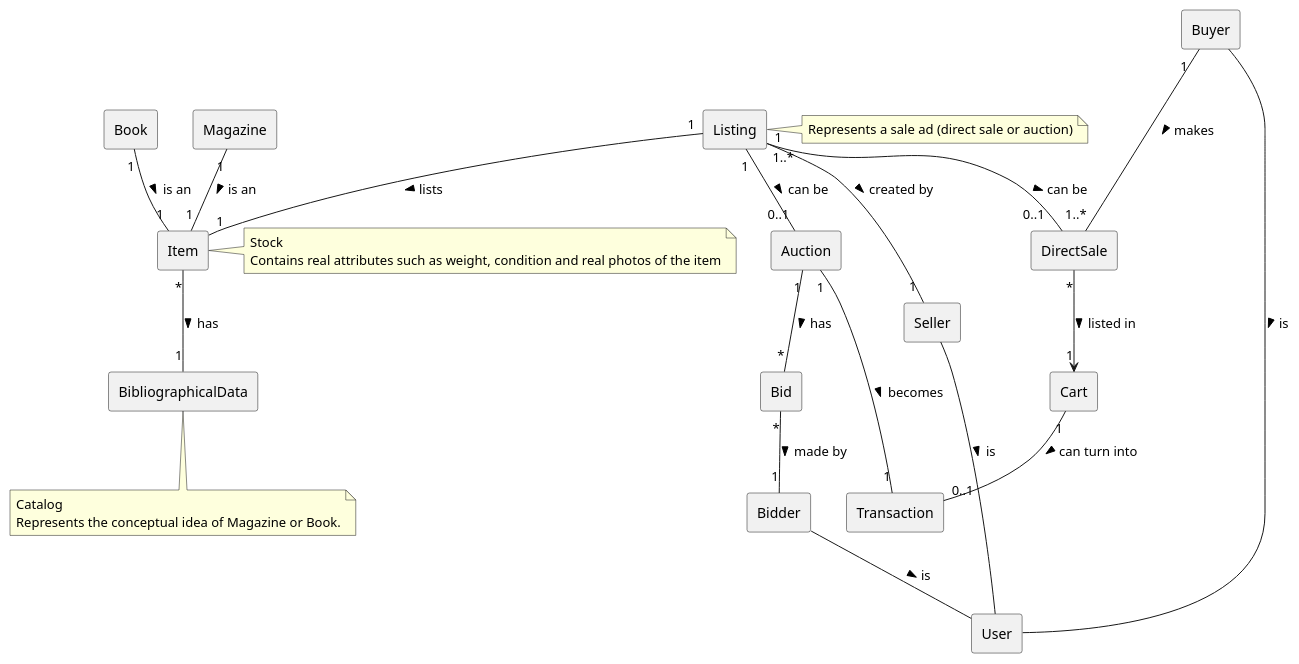
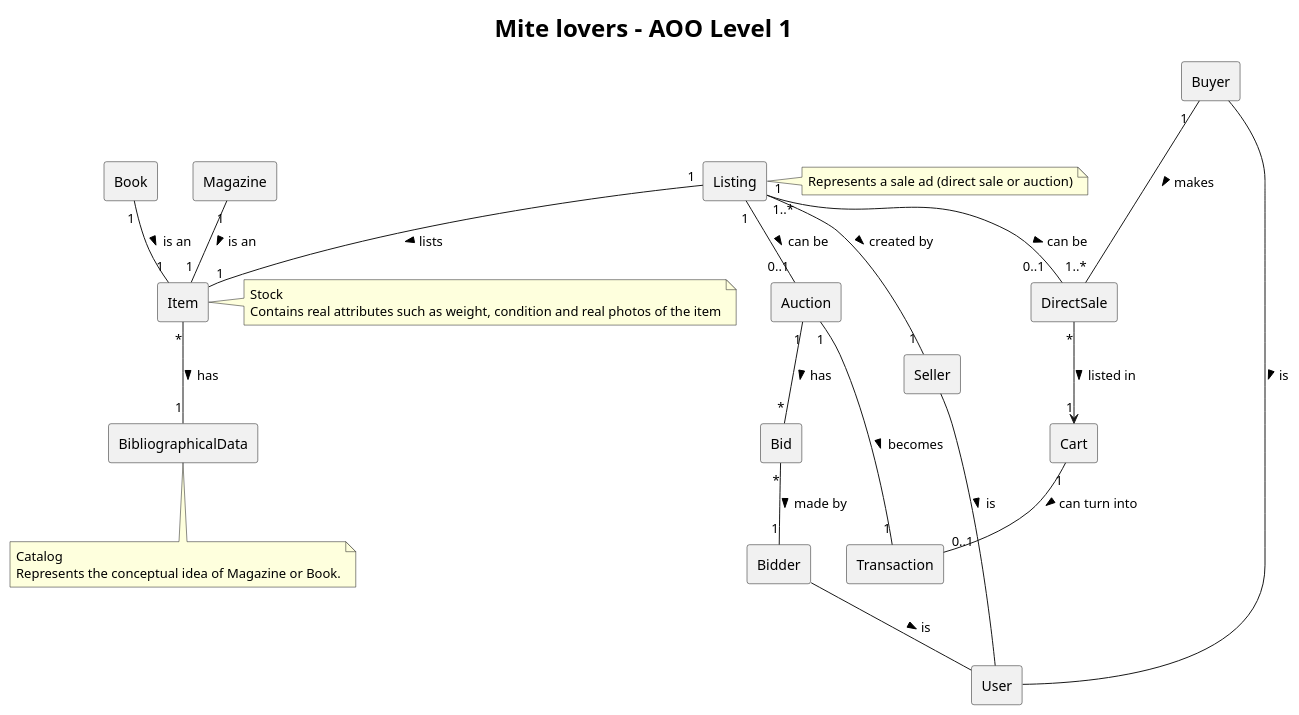
Before and after one commit to davidmarqq/MainProject_SWitCH: the diagram in DomainModel/AOO_Level1.puml, drawn with PlantUML. The commit also changed 3 other files, not shown here.

Commit message:
aoo-level1-expect

```diff
--- a/DomainModel/AOO_Level1.puml
+++ b/DomainModel/AOO_Level1.puml
@@ -1,76 +1,80 @@
 @startuml
 'https://plantuml.com/class-diagram
 skinparam componentStyle rectangle
+title Mite lovers - AOO Level 1
+skinparam title {
+  FontSize 24
+}
 
 Listing "1" -- "0..1" Auction : > can be
 Listing "1   " -- "0..1   " DirectSale : > can be
 Listing "1..*" -- "       1" Seller : > created by
 Listing "1" -- "1" Item : > lists
 
 note as L
     Represents a sale ad (direct sale or auction)
     end note
 
 Listing -> L
 
 Item "*" -- "1" BibliographicalData : > has
 note as N
     Catalog
     Represents the conceptual idea of Magazine or Book.
     end note
 
 BibliographicalData --> N
 
 note as S
     Stock
     Contains real attributes such as weight, condition and real photos of the item
     end note
 
 Item - S
 
 Book "1" -- "1" Item : > is an
 Magazine "1" -- "1" Item : > is an
 
 Buyer "1  " --- "1..*" DirectSale : > makes
 Cart "1" -- "0..1" Transaction : > can turn into
 DirectSale "*" --> "1" Cart : > listed in
 
 Auction "1" -- "*" Bid : > has
 Auction "1" -- "1" Transaction : > becomes
 Bid "*" -- "1" Bidder : > made by
 
 Bidder -- User : > is
 
 Seller -- User : > is
 Buyer - User : > is
 
 component Listing{
 }
 component Item {
 }
 component BibliographicalData {
 }
 component Seller {
 }
 component Buyer {
 }
 component Bidder {
 }
 component Bid {
 }
 component Cart {
 }
 component DirectSale {
 }
 component Transaction {
 }
 component Book{
 }
 component Magazine{
 }
 component Auction {
 }
 component User {
 }
 
 @enduml
```
